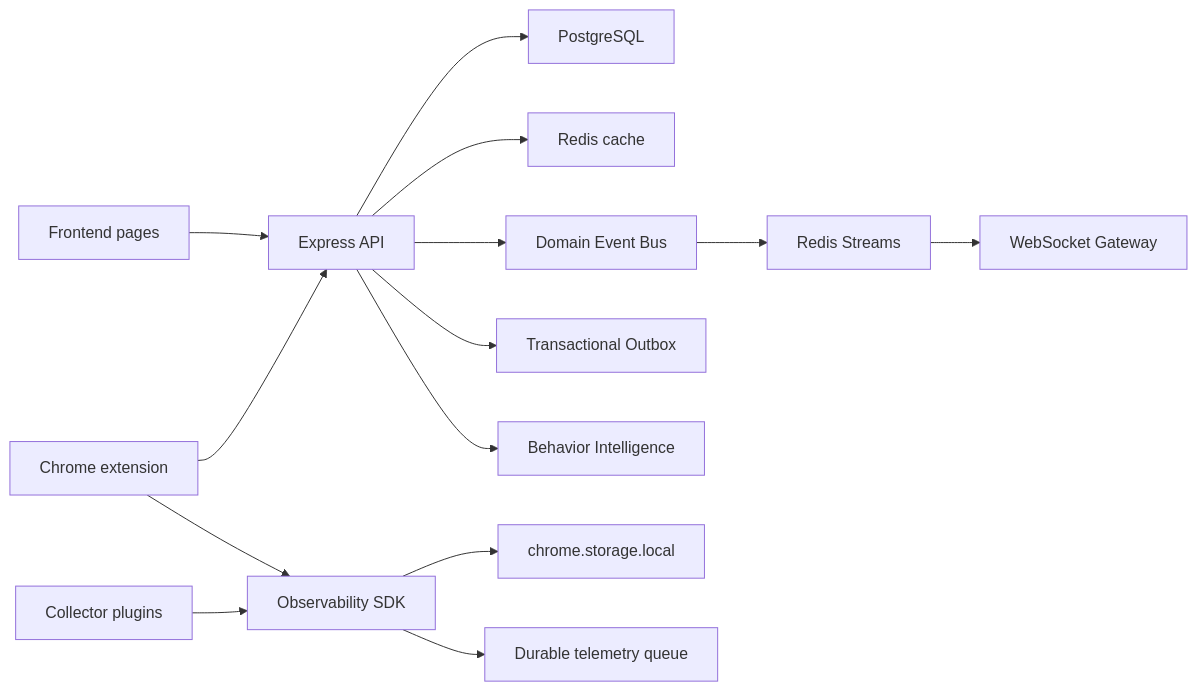
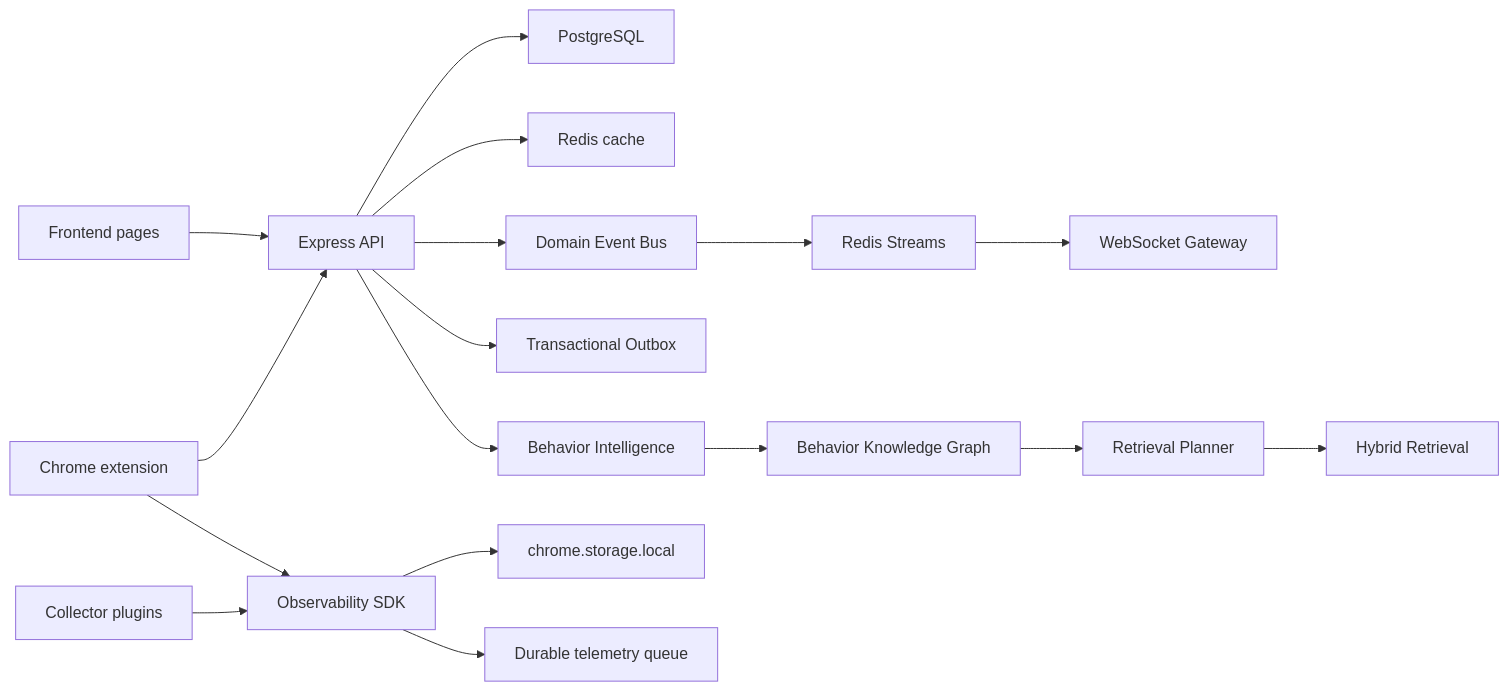
The diagram in docs/README.md (Absosh/CPInsight), drawn with Mermaid before and after one commit. The commit also changed other lines of this file and 74 other files, not shown here.

Commit message:
feat(ai): add behavior knowledge and retrieval engines

````diff
--- a/docs/README.md
+++ b/docs/README.md
@@ -67,16 +70,19 @@
 ```mermaid
 flowchart LR
   Browser["Frontend pages"] --> API["Express API"]
   API --> PG["PostgreSQL"]
   API --> Redis["Redis cache"]
   API --> DomainBus["Domain Event Bus"]
   API --> Outbox["Transactional Outbox"]
   DomainBus --> RedisStreams["Redis Streams"]
   RedisStreams --> Realtime["WebSocket Gateway"]
   API --> Behavior["Behavior Intelligence"]
+  Behavior --> Knowledge["Behavior Knowledge Graph"]
+  Knowledge --> Planner["Retrieval Planner"]
+  Planner --> Retrieval["Hybrid Retrieval"]
   Extension["Chrome extension"] --> API
   Extension --> SDK["Observability SDK"]
   SDK --> Store["chrome.storage.local"]
   SDK --> Queue["Durable telemetry queue"]
   Collectors["Collector plugins"] --> SDK
 ```
````
